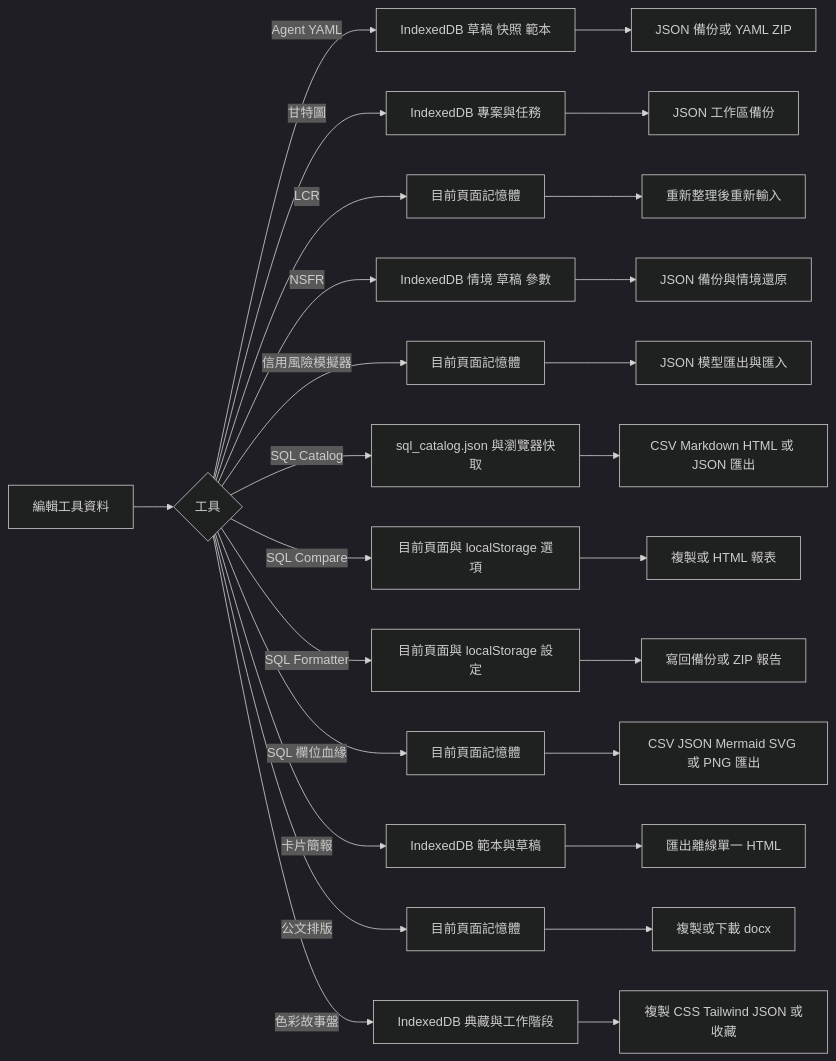
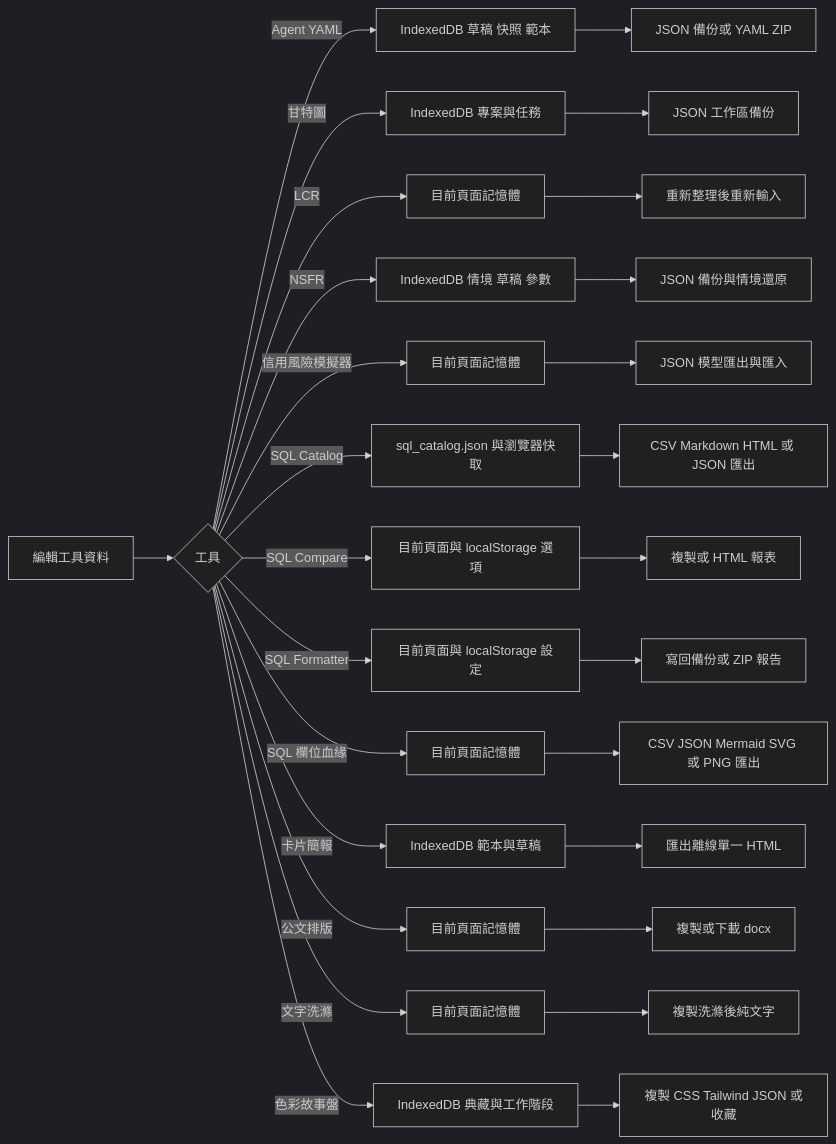
One commit to DunkLiao/my-spa-tools changed diagram 14 of 14 in README.md. Above: the diagram before and after it, drawn with Mermaid (dark theme). The commit also changed other lines of this file and 3 other files, not shown here.

````diff
--- a/README.md
+++ b/README.md
@@ -678,28 +714,30 @@
 ```mermaid
 flowchart LR
     A[編輯工具資料] --> B{工具}
     B -->|Agent YAML| C[IndexedDB 草稿 快照 範本]
     B -->|甘特圖| D[IndexedDB 專案與任務]
     B -->|LCR| E[目前頁面記憶體]
     B -->|NSFR| K[IndexedDB 情境 草稿 參數]
     B -->|信用風險模擬器| U[目前頁面記憶體]
     B -->|SQL Catalog| I[sql_catalog.json 與瀏覽器快取]
     B -->|SQL Compare| M[目前頁面與 localStorage 選項]
     B -->|SQL Formatter| N[目前頁面與 localStorage 設定]
     B -->|SQL 欄位血緣| R[目前頁面記憶體]
     B -->|卡片簡報| W[IndexedDB 範本與草稿]
     B -->|公文排版| Y[目前頁面記憶體]
+    B -->|文字洗滌| AC[目前頁面記憶體]
     B -->|色彩故事盤| AA[IndexedDB 典藏與工作階段]
     C --> F[JSON 備份或 YAML ZIP]
     D --> G[JSON 工作區備份]
     E --> H[重新整理後重新輸入]
     K --> L[JSON 備份與情境還原]
     U --> V[JSON 模型匯出與匯入]
     I --> J[CSV Markdown HTML 或 JSON 匯出]
     M --> O[複製或 HTML 報表]
     N --> P[寫回備份或 ZIP 報告]
     R --> S[CSV JSON Mermaid SVG 或 PNG 匯出]
     W --> X[匯出離線單一 HTML]
     Y --> Z[複製或下載 docx]
+    AC --> AD[複製洗滌後純文字]
     AA --> AB[複製 CSS Tailwind JSON 或收藏]
 ```
````
